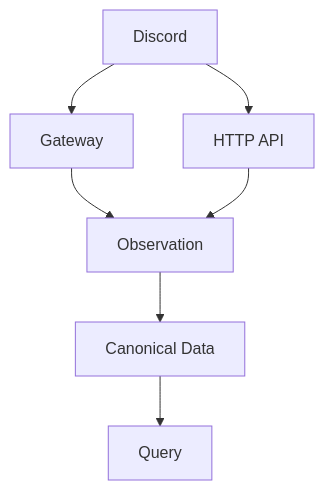
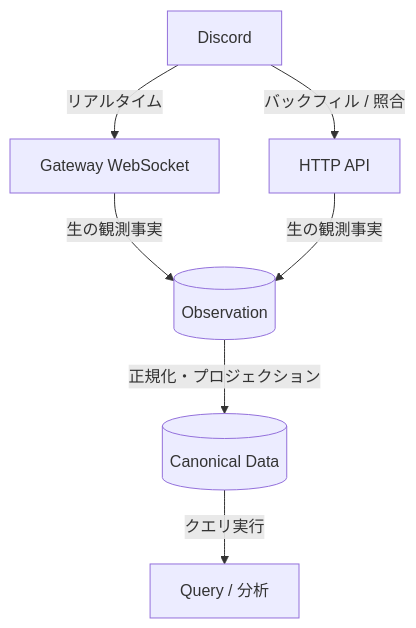
One commit to ojiverse/datawarehouse changed the diagram in docs/domain/README.md. Above: the diagram before and after it, drawn with Mermaid. The commit also changed other lines of this file and 32 other files, not shown here.

````diff
--- a/docs/domain/README.md
+++ b/docs/domain/README.md
@@ -17,16 +19,16 @@
 ```mermaid
 flowchart TD
     Discord[Discord]
-    Gateway[Gateway]
+    Gateway[Gateway WebSocket]
     HTTP[HTTP API]
-    Observation[Observation]
-    Canonical[Canonical Data]
-    Query[Query]
+    Observation[(Observation)]
+    Canonical[(Canonical Data)]
+    Query[Query / 分析]
 
-    Discord --> Gateway
-    Discord --> HTTP
-    Gateway --> Observation
-    HTTP --> Observation
-    Observation --> Canonical
-    Canonical --> Query
+    Discord -->|リアルタイム| Gateway
+    Discord -->|バックフィル / 照合| HTTP
+    Gateway -->|生の観測事実| Observation
+    HTTP -->|生の観測事実| Observation
+    Observation -->|正規化・プロジェクション| Canonical
+    Canonical -->|クエリ実行| Query
 ```
````
